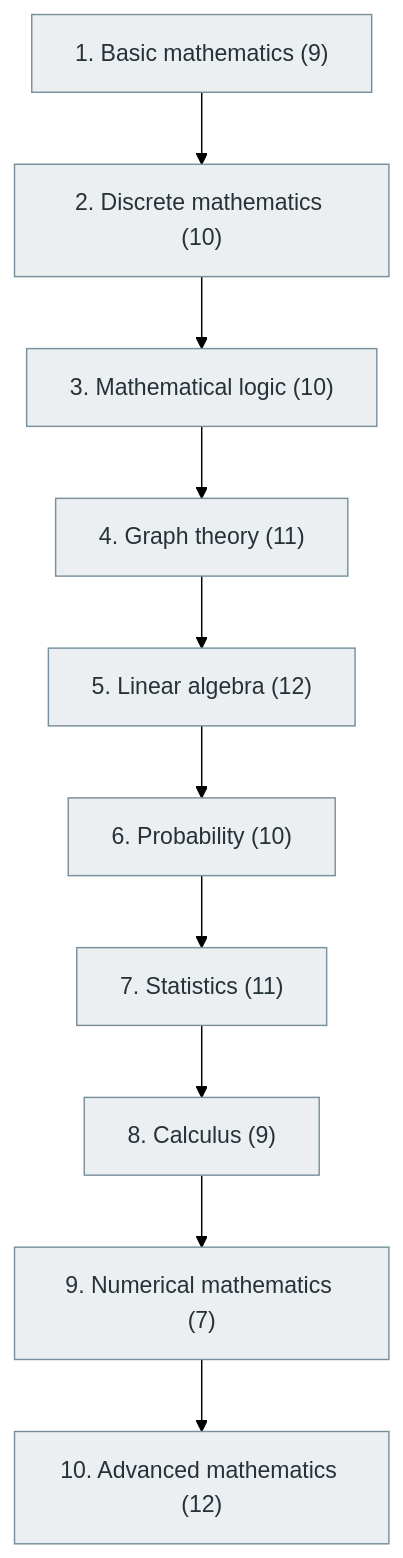
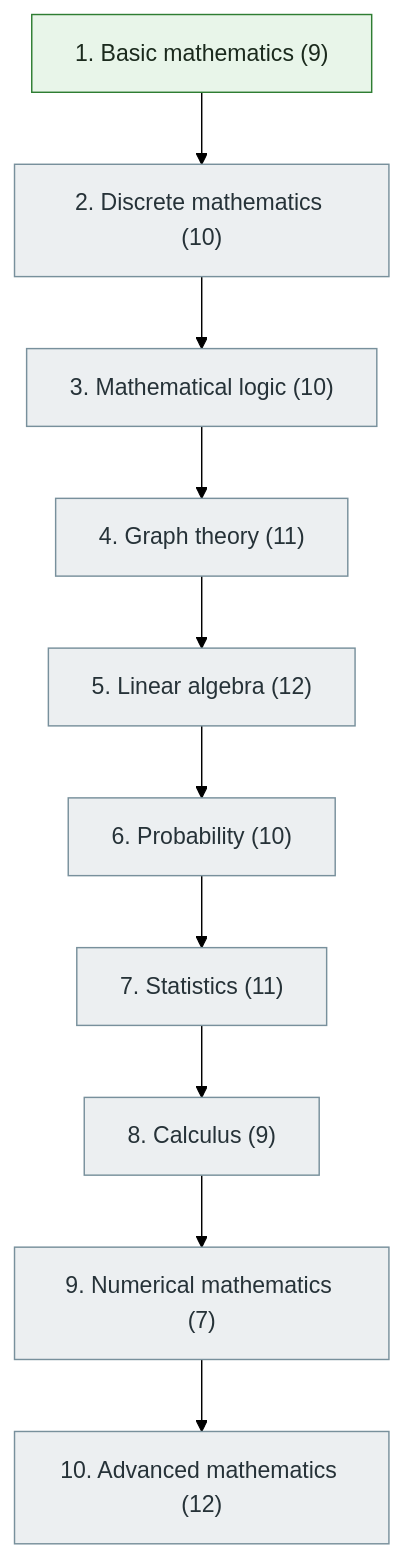
Before and after one commit to Sumit6258/Software-Engineer: the diagram in docs/01-computer-science-foundations/02-mathematics-for-computer-science/index.md, drawn with Mermaid (forest theme). The commit also changed other lines of this file and 14 other files, not shown here.

````diff
--- a/docs/01-computer-science-foundations/02-mathematics-for-computer-science/index.md
+++ b/docs/01-computer-science-foundations/02-mathematics-for-computer-science/index.md
@@ -38,17 +38,17 @@
 ```mermaid
 flowchart TD
     C1["1. Basic mathematics (9)"] --> C2["2. Discrete mathematics (10)"] --> C3["3. Mathematical logic (10)"] --> C4["4. Graph theory (11)"] --> C5["5. Linear algebra (12)"] --> C6["6. Probability (10)"] --> C7["7. Statistics (11)"] --> C8["8. Calculus (9)"] --> C9["9. Numerical mathematics (7)"] --> C10["10. Advanced mathematics (12)"]
     classDef ns fill:#eceff1,stroke:#78909c,color:#263238;
     classDef ip fill:#fff8e1,stroke:#f9a825,color:#263238;
     classDef dr fill:#e8f5e9,stroke:#2e7d32,color:#1b2a1d;
-    class C1 ns;
+    class C1 dr;
     class C2 ns;
     class C3 ns;
     class C4 ns;
     class C5 ns;
     class C6 ns;
     class C7 ns;
     class C8 ns;
     class C9 ns;
     class C10 ns;
 ```
````
